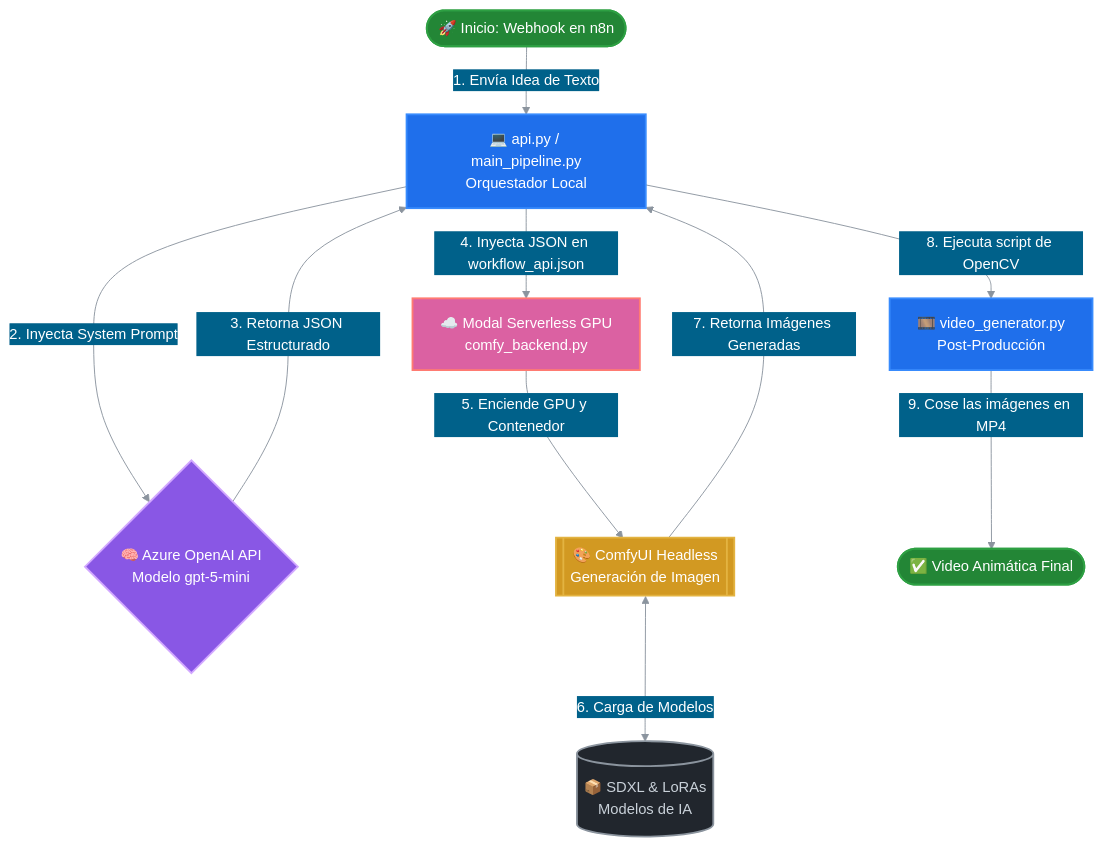
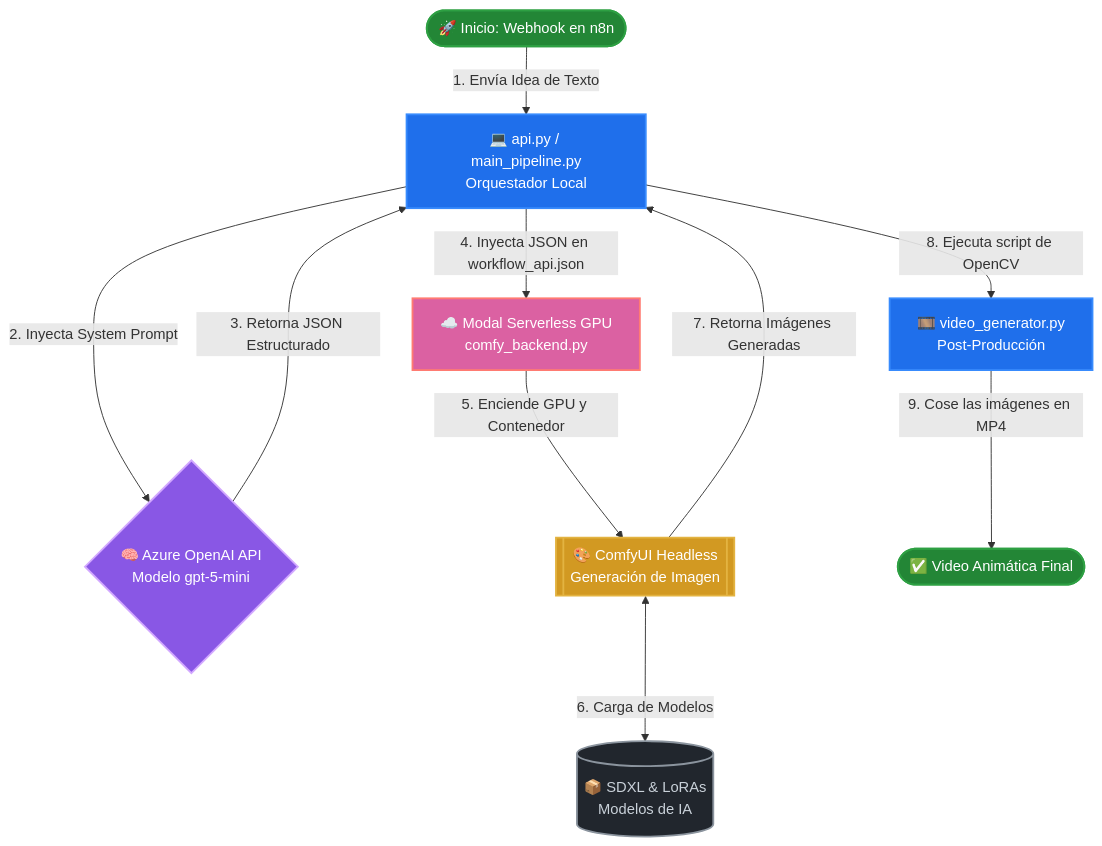
One commit to fernando-pedernera/ai-storyboard changed the diagram in README.md. Above: the diagram before and after it, drawn with Mermaid. The commit also changed other lines of this file, not shown here.

Commit message:
Revert PlantUML and fix Mermaid edge labels readability

````diff
--- a/README.md
+++ b/README.md
@@ -20,37 +20,36 @@
 ```mermaid
-%%{init: {'theme': 'base', 'themeVariables': { 'primaryColor': '#1e1e1e', 'primaryTextColor': '#ffffff', 'primaryBorderColor': '#7C3AED', 'lineColor': '#8b949e', 'secondaryColor': '#00618A', 'tertiaryColor': '#fff'}}}%%
 graph TD
     %% Definición de Nodos
     Start([🚀 Inicio: Webhook en n8n])
     API[💻 api.py / main_pipeline.py<br/>Orquestador Local]
     LLM{🧠 Azure OpenAI API<br/>Modelo gpt-5-mini}
     Modal[☁️ Modal Serverless GPU<br/>comfy_backend.py]
     ComfyUI[[🎨 ComfyUI Headless<br/>Generación de Imagen]]
     SDXL[(📦 SDXL & LoRAs<br/>Modelos de IA)]
     Video[🎞️ video_generator.py<br/>Post-Producción]
     End([✅ Video Animática Final])
 
     %% Flujo de datos
     Start -->|1. Envía Idea de Texto| API
     
     %% Alargar la conexión y simplificar texto para evitar que 2 y 3 se pisen
     API --->|2. Inyecta System Prompt| LLM
     LLM --->|3. Retorna JSON Estructurado| API
     
     API -->|4. Inyecta JSON en workflow_api.json| Modal
     Modal -->|5. Enciende GPU y Contenedor| ComfyUI
     ComfyUI <-->|6. Carga de Modelos| SDXL
     ComfyUI -->|7. Retorna Imágenes Generadas| API
     API -->|8. Ejecuta script de OpenCV| Video
     Video -->|9. Cose las imágenes en MP4| End
 
     %% Estilos de Nodos para alto contraste en GitHub
     style Start fill:#238636,stroke:#2ea043,stroke-width:2px,color:#ffffff
     style API fill:#1f6feb,stroke:#388bfd,stroke-width:2px,color:#ffffff
     style LLM fill:#8957e5,stroke:#d2a8ff,stroke-width:2px,color:#ffffff
     style Modal fill:#db61a2,stroke:#ff7b72,stroke-width:2px,color:#ffffff
     style ComfyUI fill:#d29922,stroke:#e3b341,stroke-width:2px,color:#ffffff
     style SDXL fill:#21262d,stroke:#8b949e,stroke-width:2px,color:#c9d1d9
     style Video fill:#1f6feb,stroke:#388bfd,stroke-width:2px,color:#ffffff
     style End fill:#238636,stroke:#2ea043,stroke-width:2px,color:#ffffff
 ```
````
